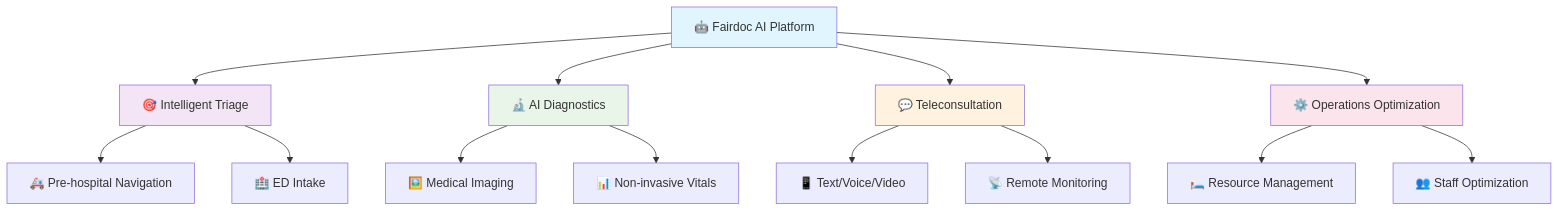
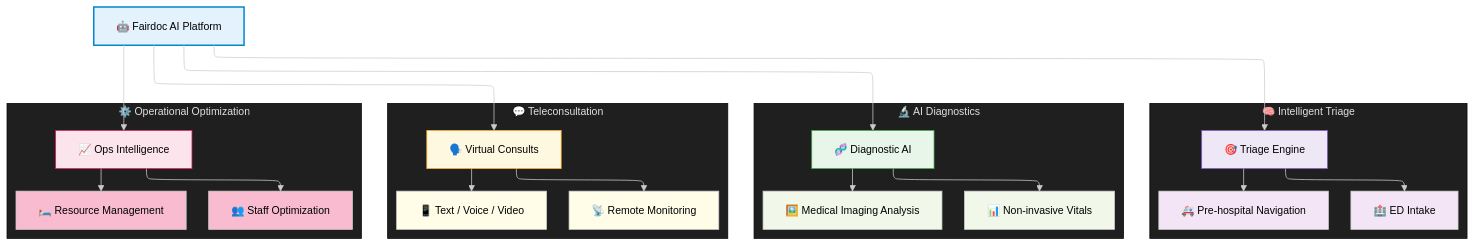
The fifth of 18 diagrams in report.md (hr1juldey/FairWorks_FairDOC), drawn with Mermaid before and after one commit. The commit also changed other lines of this file, not shown here.

````diff
--- a/report.md
+++ b/report.md
@@ -128,25 +188,49 @@
 ```mermaid
-graph TD
-    FA[🤖 Fairdoc AI Platform] --> T[🎯 Intelligent Triage]
-    FA --> D[🔬 AI Diagnostics]
-    FA --> TC[💬 Teleconsultation]
-    FA --> O[⚙️ Operations Optimization]
-    
-    T --> T1[🚑 Pre-hospital Navigation]
-    T --> T2[🏥 ED Intake]
-    
-    D --> D1[🖼️ Medical Imaging]
-    D --> D2[📊 Non-invasive Vitals]
-    
-    TC --> TC1[📱 Text/Voice/Video]
-    TC --> TC2[📡 Remote Monitoring]
-    
-    O --> O1[🛏️ Resource Management]
-    O --> O2[👥 Staff Optimization]
-    
-    style FA fill:#e1f5fe
-    style T fill:#f3e5f5
-    style D fill:#e8f5e8
-    style TC fill:#fff3e0
-    style O fill:#fce4ec
+---
+config:
+  theme: neo-dark
+  flowchart:
+    curve: basis
+  layout: elk
+---
+flowchart TD
+ subgraph TRIAGE["🧠 Intelligent Triage"]
+        T["🎯 Triage Engine"]
+        T1["🚑 Pre-hospital Navigation"]
+        T2["🏥 ED Intake"]
+  end
+ subgraph DIAG["🔬 AI Diagnostics"]
+        D["🧬 Diagnostic AI"]
+        D1["🖼️ Medical Imaging Analysis"]
+        D2["📊 Non-invasive Vitals"]
+  end
+ subgraph TELE["💬 Teleconsultation"]
+        TC["🗣️ Virtual Consults"]
+        TC1["📱 Text / Voice / Video"]
+        TC2["📡 Remote Monitoring"]
+  end
+ subgraph OPS["⚙️ Operational Optimization"]
+        O["📈 Ops Intelligence"]
+        O1["🛏️ Resource Management"]
+        O2["👥 Staff Optimization"]
+  end
+    T --> T1 & T2
+    D --> D1 & D2
+    TC --> TC1 & TC2
+    O --> O1 & O2
+    FA["🤖 Fairdoc AI Platform"] --> T & D & TC & O
+    style FA fill:#e3f2fd,stroke:#0288d1,stroke-width:2px,color:#000
+    style T fill:#ede7f6,stroke:#7e57c2,color:#000
+    style T1 fill:#f3e5f5,color:#000
+    style T2 fill:#f3e5f5,color:#000
+    style D fill:#e8f5e9,stroke:#43a047,color:#000
+    style D1 fill:#f1f8e9,color:#000
+    style D2 fill:#f1f8e9,color:#000
+    style TC fill:#fff8e1,stroke:#f9a825,color:#000
+    style TC1 fill:#fffde7,color:#000
+    style TC2 fill:#fffde7,color:#000
+    style O fill:#fce4ec,stroke:#d81b60,color:#000
+    style O1 fill:#f8bbd0,color:#000
+    style O2 fill:#f8bbd0,color:#000
+
 ```
````
